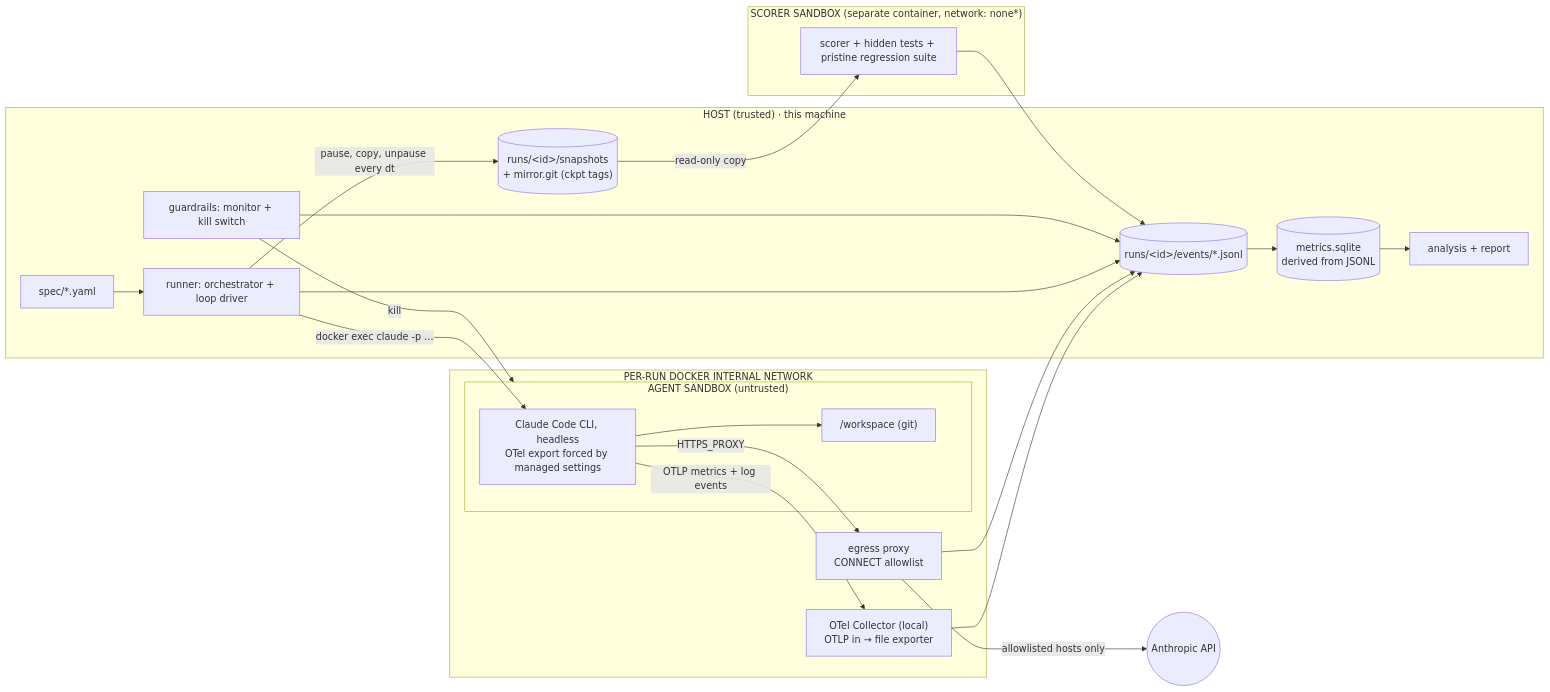
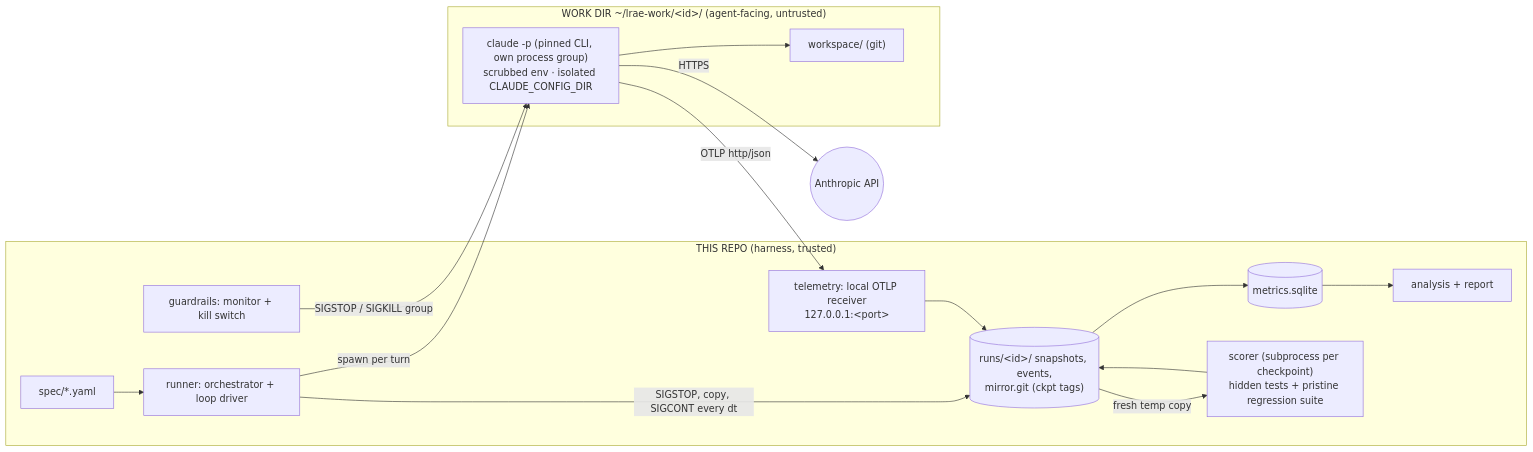
The diagram in docs/spec.md (gurusintechlabs/long-running-agent-eval), drawn with Mermaid before and after one commit. The commit also changed other lines of this file and 3 other files, not shown here.

First line of the commit message:
Make Docker optional: local-process mode for Phases 1-6 (spec v0.3)

````diff
--- a/docs/spec.md
+++ b/docs/spec.md
@@ -56,34 +55,24 @@
 ```mermaid
 flowchart LR
-  subgraph host["HOST (trusted) · this machine"]
+  subgraph repo["THIS REPO (harness, trusted)"]
     spec["spec/*.yaml"] --> orch["runner: orchestrator + loop driver"]
     mon["guardrails: monitor + kill switch"]
-    snaps[("runs/&lt;id&gt;/snapshots<br/>+ mirror.git (ckpt tags)")]
-    logs[("runs/&lt;id&gt;/events/*.jsonl")]
-    db[("metrics.sqlite<br/>derived from JSONL")]
+    recv["telemetry: local OTLP receiver<br/>127.0.0.1:&lt;port&gt;"]
+    art[("runs/&lt;id&gt;/ snapshots, events,<br/>mirror.git (ckpt tags)")]
+    db[("metrics.sqlite")]
     rep["analysis + report"]
+    sc["scorer (subprocess per checkpoint)<br/>hidden tests + pristine regression suite"]
   end
-  subgraph net["PER-RUN DOCKER INTERNAL NETWORK"]
-    subgraph agent["AGENT SANDBOX (untrusted)"]
-      cc["Claude Code CLI, headless<br/>OTel export forced by managed settings"] --> wsp["/workspace (git)"]
-    end
-    otel["OTel Collector (local)<br/>OTLP in → file exporter"]
-    egress["egress proxy<br/>CONNECT allowlist"]
+  subgraph work["WORK DIR ~/lrae-work/&lt;id&gt;/ (agent-facing, untrusted)"]
+    cc["claude -p (pinned CLI, own process group)<br/>scrubbed env · isolated CLAUDE_CONFIG_DIR"] --> wsp["workspace/ (git)"]
   end
-  subgraph scorer["SCORER SANDBOX (separate container, network: none*)"]
-    sc["scorer + hidden tests + pristine regression suite"]
-  end
-  orch -- "docker exec claude -p …" --> cc
-  cc -- "OTLP metrics + log events" --> otel
-  cc -- "HTTPS_PROXY" --> egress
-  egress -- "allowlisted hosts only" --> api(("Anthropic API"))
-  orch -- "pause, copy, unpause every dt" --> snaps
-  snaps -- "read-only copy" --> sc
-  mon -- "kill" --> agent
-  otel --> logs
-  egress --> logs
-  orch --> logs
-  mon --> logs
-  sc --> logs
-  logs --> db --> rep
+  orch -- "spawn per turn" --> cc
+  cc -- "OTLP http/json" --> recv
+  cc -- "HTTPS" --> api(("Anthropic API"))
+  orch -- "SIGSTOP, copy, SIGCONT every dt" --> art
+  art -- "fresh temp copy" --> sc
+  mon -- "SIGSTOP / SIGKILL group" --> cc
+  recv --> art
+  sc --> art
+  art --> db --> rep
 ```
````
